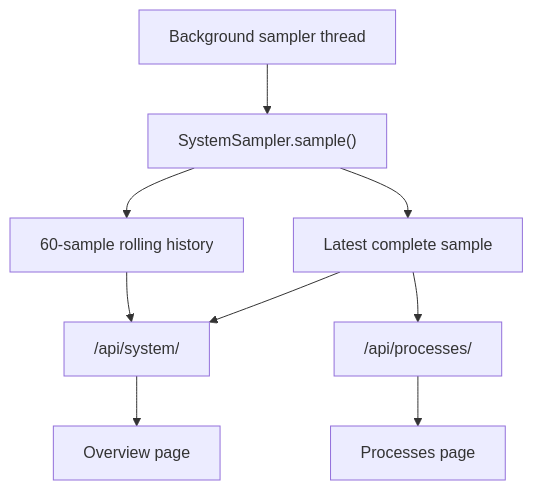
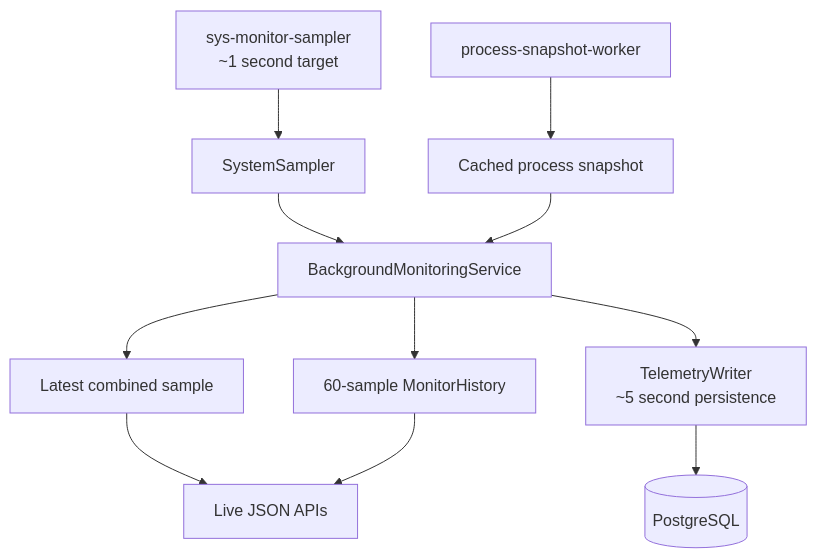
One commit to IronRon/Sys-Monitor changed diagram 31 of 36 in docs/architecture.md. Above: the diagram before and after it, drawn with Mermaid. The commit also changed other lines of this file and 21 other files, not shown here.

First line of the commit message:
feat: Refactor process monitoring and telemetry integration

````diff
--- a/docs/architecture.md
+++ b/docs/architecture.md
@@ -1534,20 +1632,24 @@
 ```mermaid
 flowchart TD
-    THREAD["Background sampler thread"]
-    SAMPLE["SystemSampler.sample()"]
-    LATEST["Latest complete sample"]
-    HISTORY["60-sample rolling history"]
-    SYS["/api/system/"]
-    PROC["/api/processes/"]
-    OVERVIEW["Overview page"]
-    PROCESSES["Processes page"]
+    FAST["sys-monitor-sampler<br/>~1 second target"]
+    SAMPLER["SystemSampler"]
+    PTHREAD["process-snapshot-worker"]
+    PCACHE["Cached process snapshot"]
+    SERVICE["BackgroundMonitoringService"]
+    LATEST["Latest combined sample"]
+    HISTORY["60-sample MonitorHistory"]
+    WRITER["TelemetryWriter<br/>~5 second persistence"]
+    PG[(PostgreSQL)]
+    API["Live JSON APIs"]
 
-    THREAD --> SAMPLE
-    SAMPLE --> LATEST
-    SAMPLE --> HISTORY
-    LATEST --> SYS
-    HISTORY --> SYS
-    LATEST --> PROC
-    SYS --> OVERVIEW
-    PROC --> PROCESSES
+    FAST --> SAMPLER
+    PTHREAD --> PCACHE
+    SAMPLER --> SERVICE
+    PCACHE --> SERVICE
+    SERVICE --> LATEST
+    SERVICE --> HISTORY
+    SERVICE --> WRITER
+    WRITER --> PG
+    LATEST --> API
+    HISTORY --> API
 ```
````
